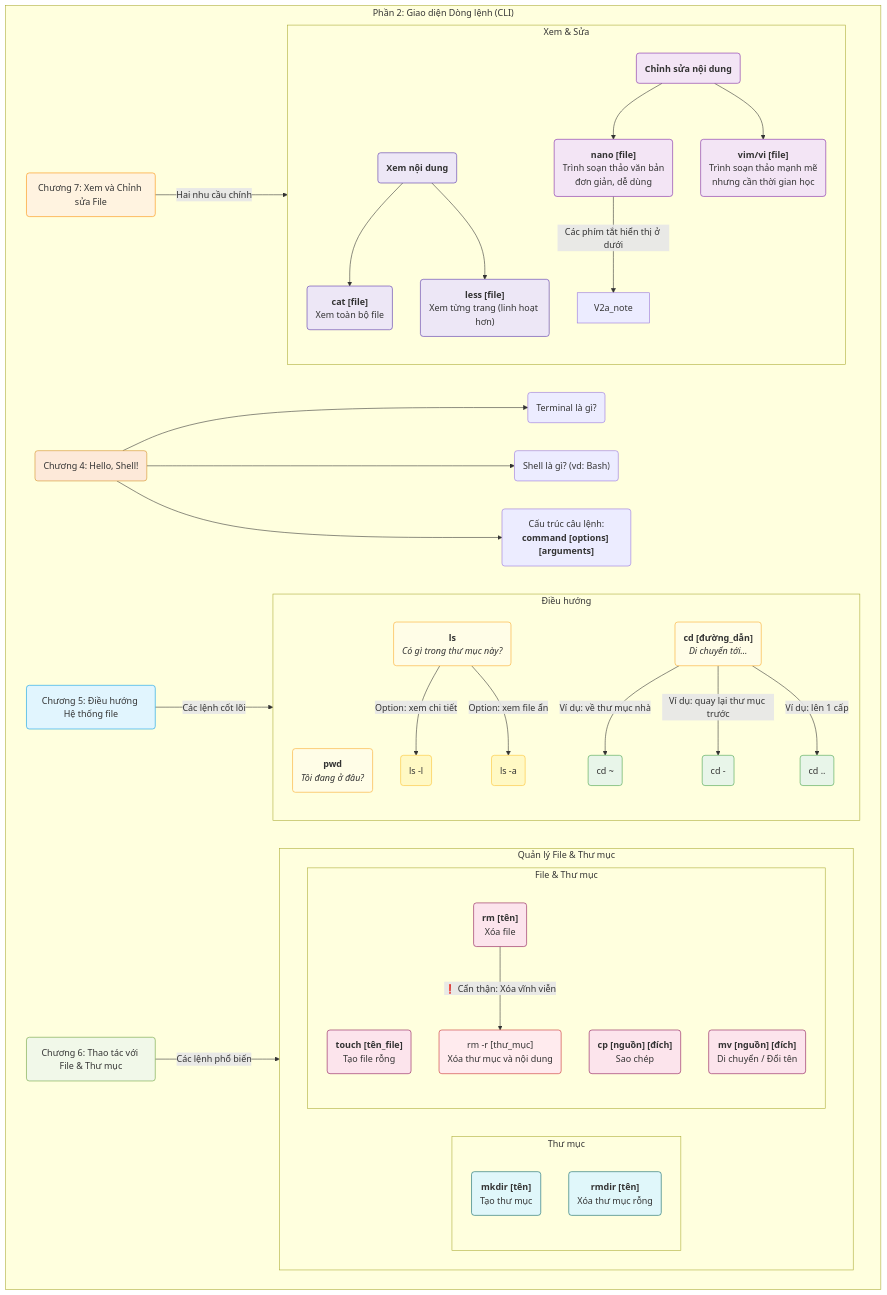
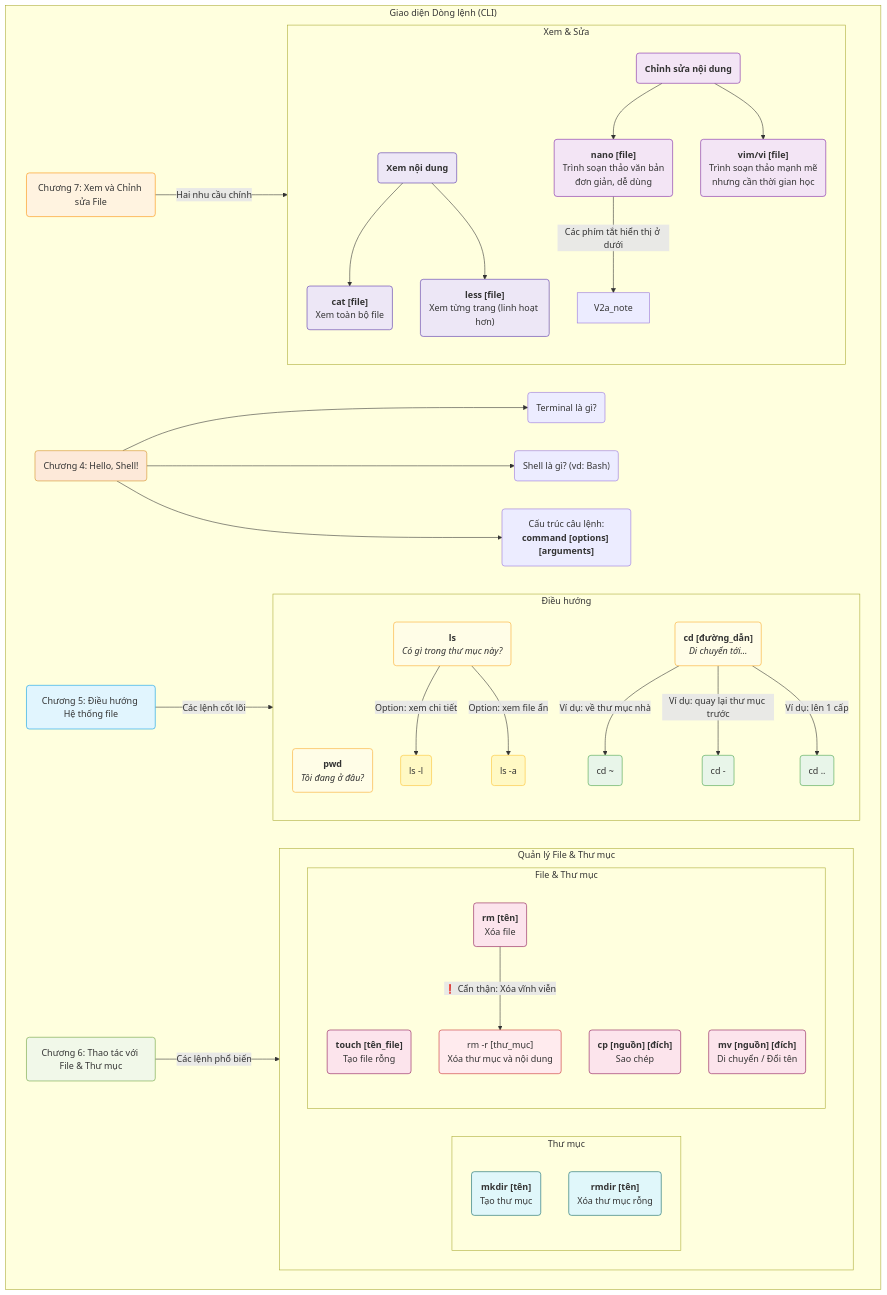
The third of 8 diagrams in linux.md (ngockhanhvd2812/DBA), drawn with Mermaid before and after one commit. The commit also changed other lines of this file, not shown here.

````diff
--- a/linux.md
+++ b/linux.md
@@ -115,80 +115,80 @@
 ```mermaid
 graph TD
-    subgraph "Phần 2: Giao diện Dòng lệnh (CLI)"
+    subgraph "Giao diện Dòng lệnh (CLI)"
         %% Chapters
         C4("Chương 4: Hello, Shell!")
         C5("Chương 5: Điều hướng Hệ thống file")
         C6("Chương 6: Thao tác với File & Thư mục")
         C7("Chương 7: Xem và Chỉnh sửa File")
 
         C4 --> S1("Terminal là gì?")
         C4 --> S2("Shell là gì? (vd: Bash)")
         C4 --> S3("Cấu trúc câu lệnh:<br/><b>command [options] [arguments]</b>")
 
         C5 -- "Các lệnh cốt lõi" --> C5_Nav
         subgraph C5_Nav [Điều hướng]
             L1("<b>pwd</b><br/><i>Tôi đang ở đâu?</i>")
             L2("<b>ls</b><br/><i>Có gì trong thư mục này?</i>")
                 L2 -- "Option: xem chi tiết" --> L2_opt1("ls -l")
                 L2 -- "Option: xem file ẩn" --> L2_opt2("ls -a")
             L3("<b>cd [đường_dẫn]</b><br/><i>Di chuyển tới...</i>")
                 L3 -- "Ví dụ: về thư mục nhà" --> L3_ex1("cd ~")
                 L3 -- "Ví dụ: quay lại thư mục trước" --> L3_ex2("cd -")
                 L3 -- "Ví dụ: lên 1 cấp" --> L3_ex3("cd ..")
         end
 
         C6 -- "Các lệnh phổ biến" --> C6_Manage
         subgraph C6_Manage [Quản lý File & Thư mục]
             direction LR
             subgraph "Thư mục"
                 M1("<b>mkdir [tên]</b><br/>Tạo thư mục")
                 M2("<b>rmdir [tên]</b><br/>Xóa thư mục rỗng")
             end
             subgraph "File & Thư mục"
                 M3("<b>touch [tên_file]</b><br/>Tạo file rỗng")
                 M4("<b>cp [nguồn] [đích]</b><br/>Sao chép")
                 M5("<b>mv [nguồn] [đích]</b><br/>Di chuyển / Đổi tên")
                 M6("<b>rm [tên]</b><br/>Xóa file")
                 M6 -- "❗️ Cẩn thận: Xóa vĩnh viễn" --> M6_warn("rm -r [thư_mục]<br/>Xóa thư mục và nội dung")
             end
         end
 
         C7 -- "Hai nhu cầu chính" --> C7_ViewEdit
         subgraph C7_ViewEdit [Xem & Sửa]
             V1("<b>Xem nội dung</b>")
                 V1 --> V1a("<b>cat [file]</b><br/>Xem toàn bộ file")
                 V1 --> V1b("<b>less [file]</b><br/>Xem từng trang (linh hoạt hơn)")
             V2("<b>Chỉnh sửa nội dung</b>")
                 V2 --> V2a("<b>nano [file]</b><br/>Trình soạn thảo văn bản<br/>đơn giản, dễ dùng")
                 V2a -- "Các phím tắt hiển thị ở dưới" --> V2a_note
                 V2 --> V2b("<b>vim/vi [file]</b><br/>Trình soạn thảo mạnh mẽ<br/>nhưng cần thời gian học")
         end
     end
 
     %% Styles
     style C4 fill:#fde9d9,stroke:#d38c1f
     style C5 fill:#e1f5fe,stroke:#039be5
     style C6 fill:#f1f8e9,stroke:#689f38
     style C7 fill:#fff3e0,stroke:#fb8c00
     style L1 fill:#fffde7,stroke:#f9a825
     style L2 fill:#fffde7,stroke:#f9a825
     style L2_opt1 fill:#fff9c4,stroke:#fbc02d
     style L2_opt2 fill:#fff9c4,stroke:#fbc02d
     style L3 fill:#fffde7,stroke:#f9a825
     style L3_ex1 fill:#e8f5e9,stroke:#43a047
     style L3_ex2 fill:#e8f5e9,stroke:#43a047
     style L3_ex3 fill:#e8f5e9,stroke:#43a047
     style M1 fill:#e0f7fa,stroke:#006064
     style M2 fill:#e0f7fa,stroke:#006064
     style M3 fill:#fce4ec,stroke:#880e4f
     style M4 fill:#fce4ec,stroke:#880e4f
     style M5 fill:#fce4ec,stroke:#880e4f
     style M6 fill:#fce4ec,stroke:#880e4f
     style M6_warn fill:#ffebee,stroke:#c62828
     style V1 fill:#ede7f6,stroke:#512da8
     style V1a fill:#ede7f6,stroke:#512da8
     style V1b fill:#ede7f6,stroke:#512da8
     style V2 fill:#f3e5f5,stroke:#7b1fa2
     style V2a fill:#f3e5f5,stroke:#7b1fa2
     style V2b fill:#f3e5f5,stroke:#7b1fa2
 ```  
````
